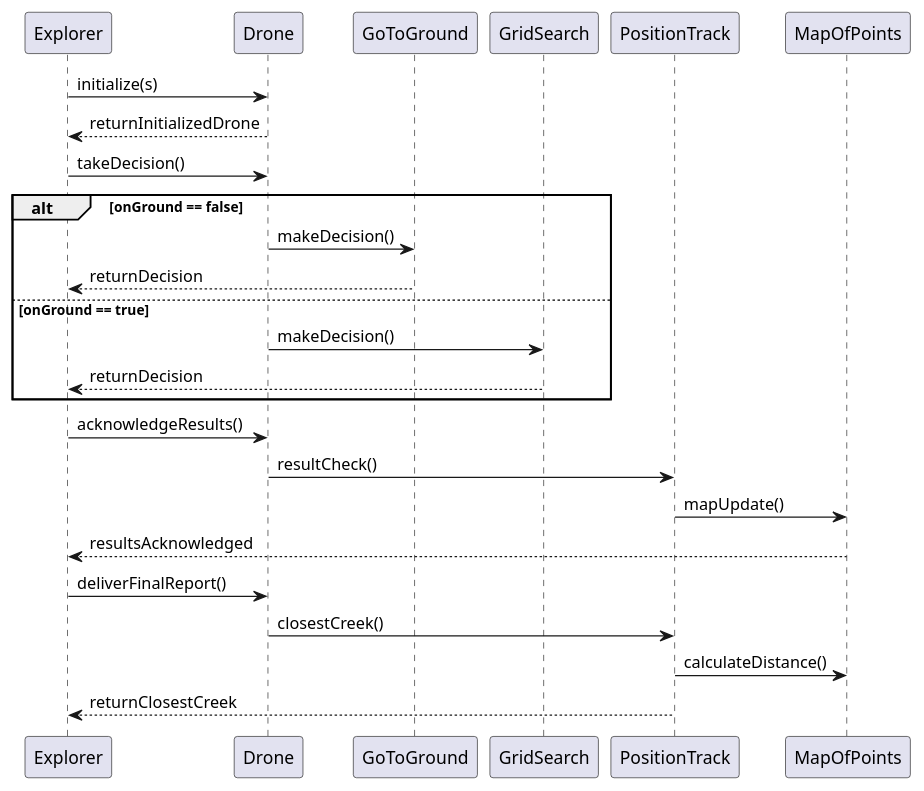
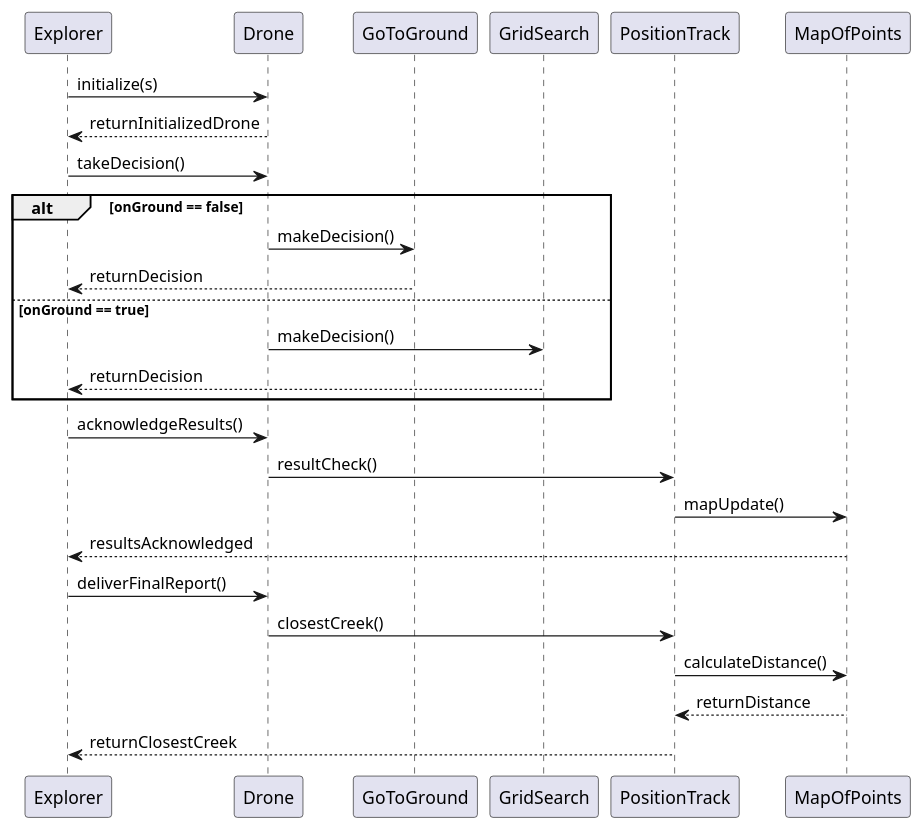
The diagram in uml/SequenceDiagram.puml (2AA4-W24/a2-rescue-mission-team-113), drawn with PlantUML before and after one commit.

Commit message:
added return message from MapOfPoints to PositionTrack

```diff
--- a/uml/SequenceDiagram.puml
+++ b/uml/SequenceDiagram.puml
@@ -1,25 +1,26 @@
 @startuml
 
 Explorer -> Drone: initialize(s)
 Drone --> Explorer: returnInitializedDrone
 Explorer -> Drone: takeDecision()
 
 alt onGround == false
     Drone -> GoToGround: makeDecision() 
     GoToGround --> Explorer: returnDecision
 else onGround == true
     Drone -> GridSearch: makeDecision()
     GridSearch --> Explorer: returnDecision
 end
 
 Explorer -> Drone: acknowledgeResults()
 Drone -> PositionTrack: resultCheck()
 PositionTrack -> MapOfPoints: mapUpdate()
 MapOfPoints --> Explorer: resultsAcknowledged
 
 Explorer -> Drone: deliverFinalReport()
 Drone -> PositionTrack: closestCreek()
 PositionTrack -> MapOfPoints: calculateDistance()
+MapOfPoints --> PositionTrack: returnDistance
 PositionTrack --> Explorer: returnClosestCreek
 
 @enduml
```
